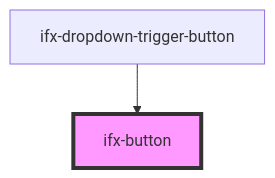
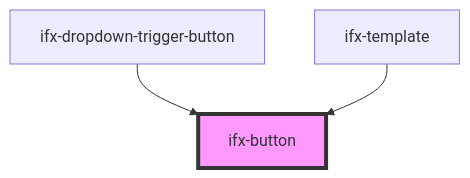
One commit to Infineon/infineon-design-system-stencil changed the diagram in packages/components/src/components/button/readme.md. Above: the diagram before and after it, drawn with Mermaid. The commit also changed other lines of this file and 4 other files, not shown here.

````diff
--- a/packages/components/src/components/button/readme.md
+++ b/packages/components/src/components/button/readme.md
@@ -42,5 +43,6 @@
 ```mermaid
 graph TD;
   ifx-dropdown-trigger-button --> ifx-button
+  ifx-template --> ifx-button
   style ifx-button fill:#f9f,stroke:#333,stroke-width:4px
 ```
````
